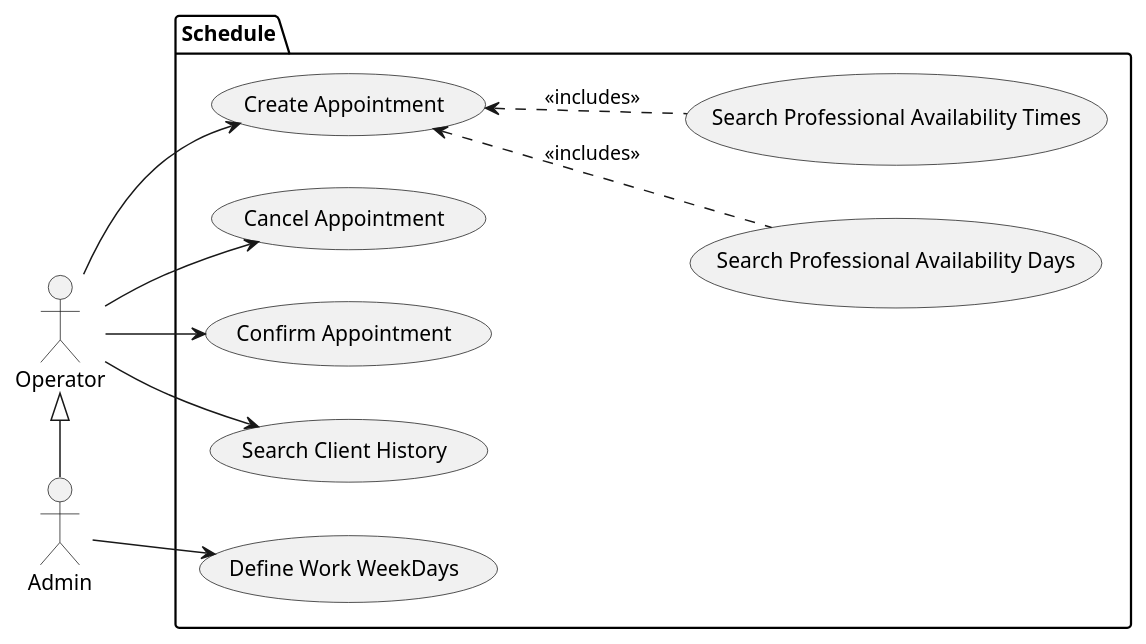
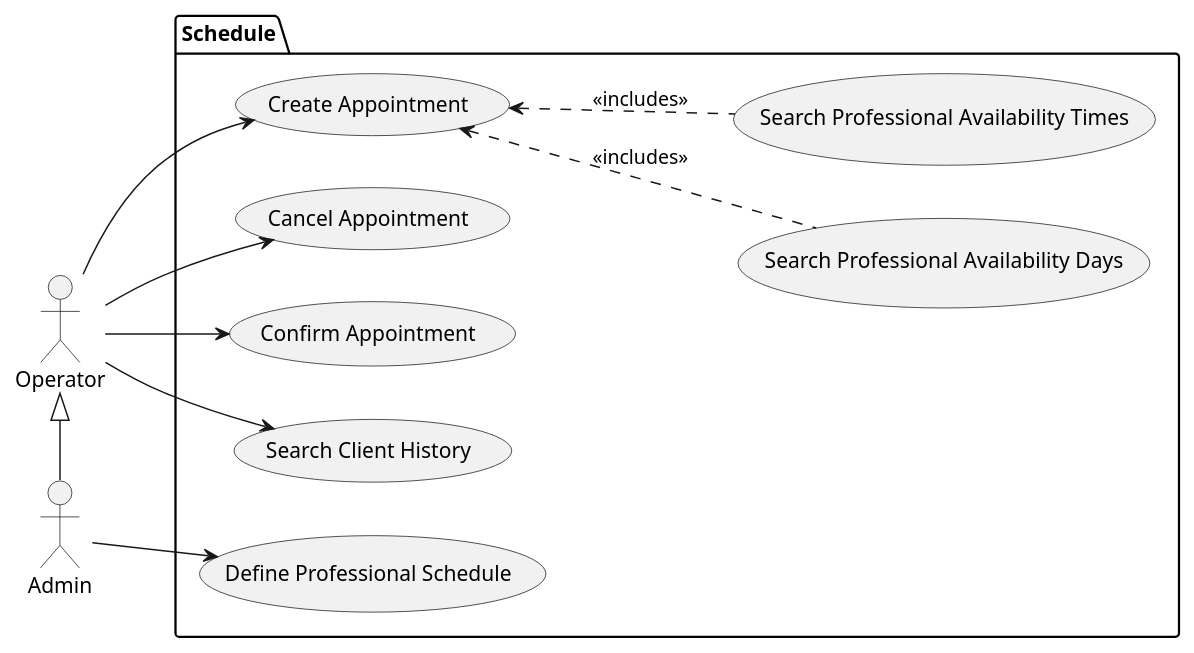
Before and after one commit to glaucotodesco/bootcamp-agenda: the diagram in docs/usecases.puml, drawn with PlantUML. The commit also changed 7 other files, not shown here.

Commit message:
add new diagrams

```diff
--- a/docs/usecases.puml
+++ b/docs/usecases.puml
@@ -1,22 +1,22 @@
 @startuml "Use Cases"
 left to right direction
 actor Operator as o
 actor Admin as a
 package Schedule{
   usecase "Create Appointment" as UC1
   usecase "Cancel Appointment" as UC2
   usecase "Confirm Appointment" as UC3
-  usecase "Define Work WeekDays" as UC4
+  usecase "Define Professional Schedule" as UC4
   usecase "Search Professional Availability Days" as UC5
   usecase "Search Professional Availability Times" as UC6
   usecase "Search Client History" as UC7
 }
 o <|-right- a
 o --> UC1
 o --> UC2
 o --> UC3
 o --> UC7
 a --> UC4
 (UC5) .up.> (UC1) : <<includes>>
 (UC6) .up.> (UC1) : <<includes>>
 @enduml
```
